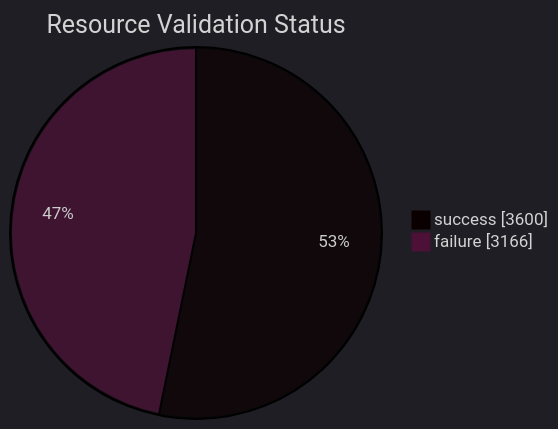
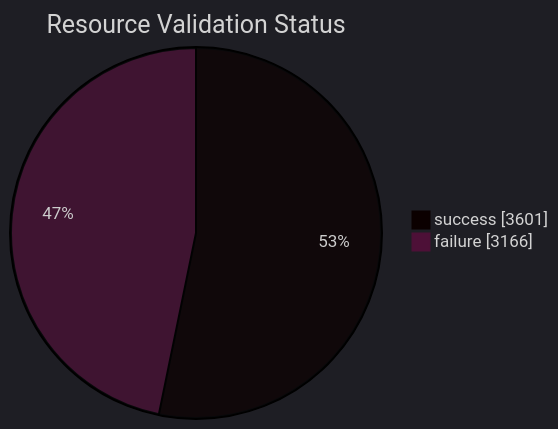
The first of 5 diagrams in datastore_tracker/README.md (open-data/analytics-corporate-reporting), drawn with Mermaid before and after one commit. The commit also changed other lines of this file and 9 other files, not shown here.

````diff
--- a/datastore_tracker/README.md
+++ b/datastore_tracker/README.md
@@ -20,9 +20,9 @@
 ```mermaid
 ---
 config:
   theme: dark
 ---
 pie showData title Resource Validation Status
-    "success": 3600
+    "success": 3601
     "failure": 3166
 ```
````
